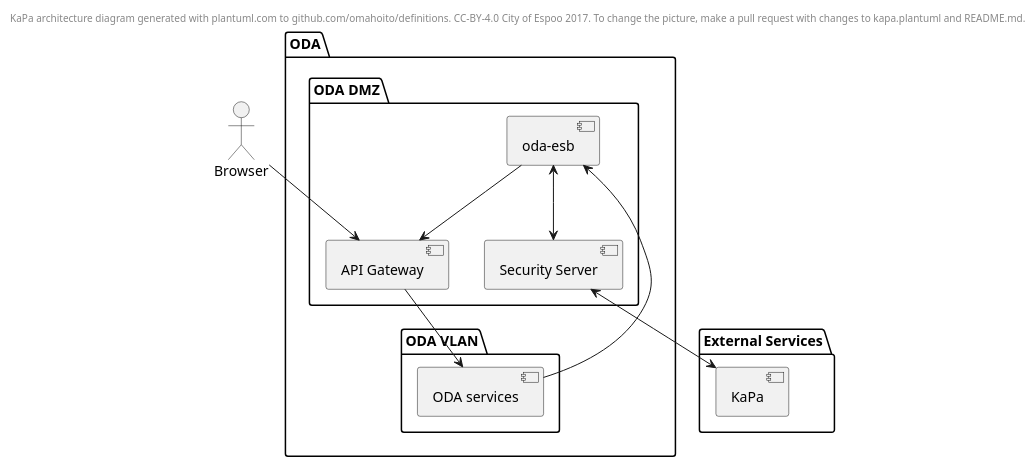
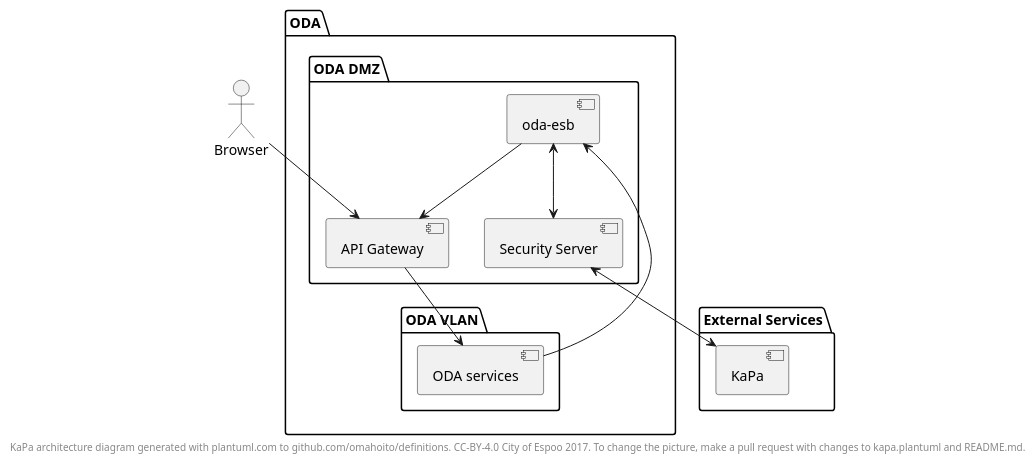
One commit to ruoat/definitions changed the diagram in kapa.plantuml. Above: the diagram before and after it, drawn with PlantUML. The commit also changed 2 other files, not shown here.

Commit message:
Move KaPa architecture diagram to integrations.md

```diff
--- a/kapa.plantuml
+++ b/kapa.plantuml
@@ -1,33 +1,33 @@
 @startuml
-header
+footer
 KaPa architecture diagram generated with plantuml.com to github.com/omahoito/definitions. \
 CC-BY-4.0 City of Espoo 2017. \
 To change the picture, make a pull request with changes to kapa.plantuml and README.md.
-endheader
+endfooter
 
 actor Browser
 
 folder "External Services" {
     component KaPa
 }
 
 folder ODA {
     folder "ODA DMZ" {
         component "API Gateway" as gw
         component "oda-esb" as esb
         component "Security Server" as sec
     }
     folder "ODA VLAN" {
         component "ODA services" as x
     }
 }
 
 Browser --> gw
 gw --> x
 
 x --> esb
 esb <--> sec
 sec <--> KaPa
 esb --> gw
 
 @enduml
```
